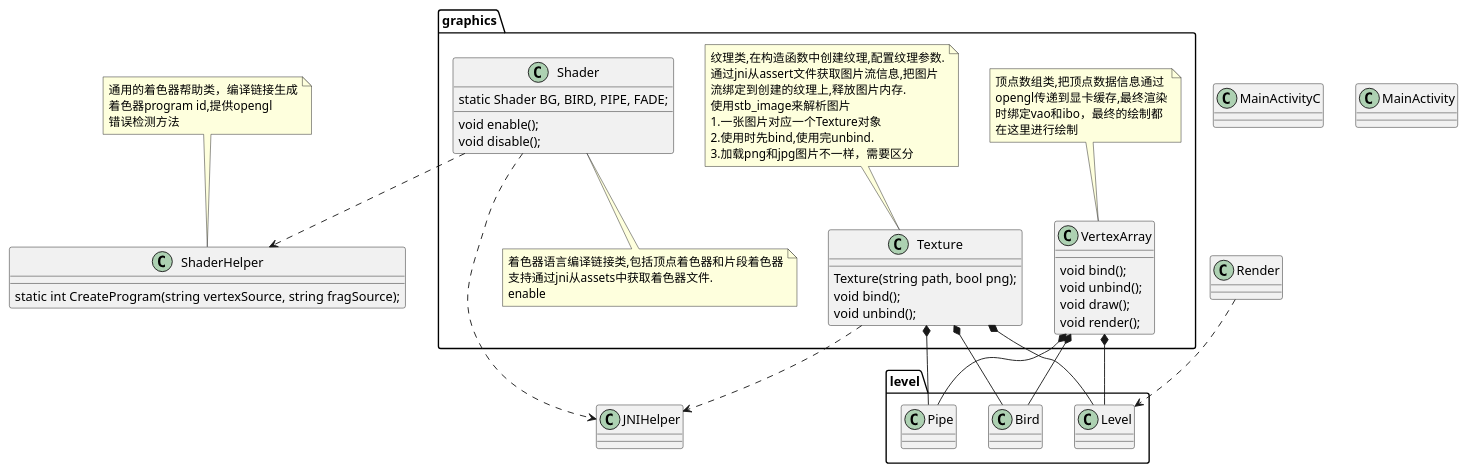
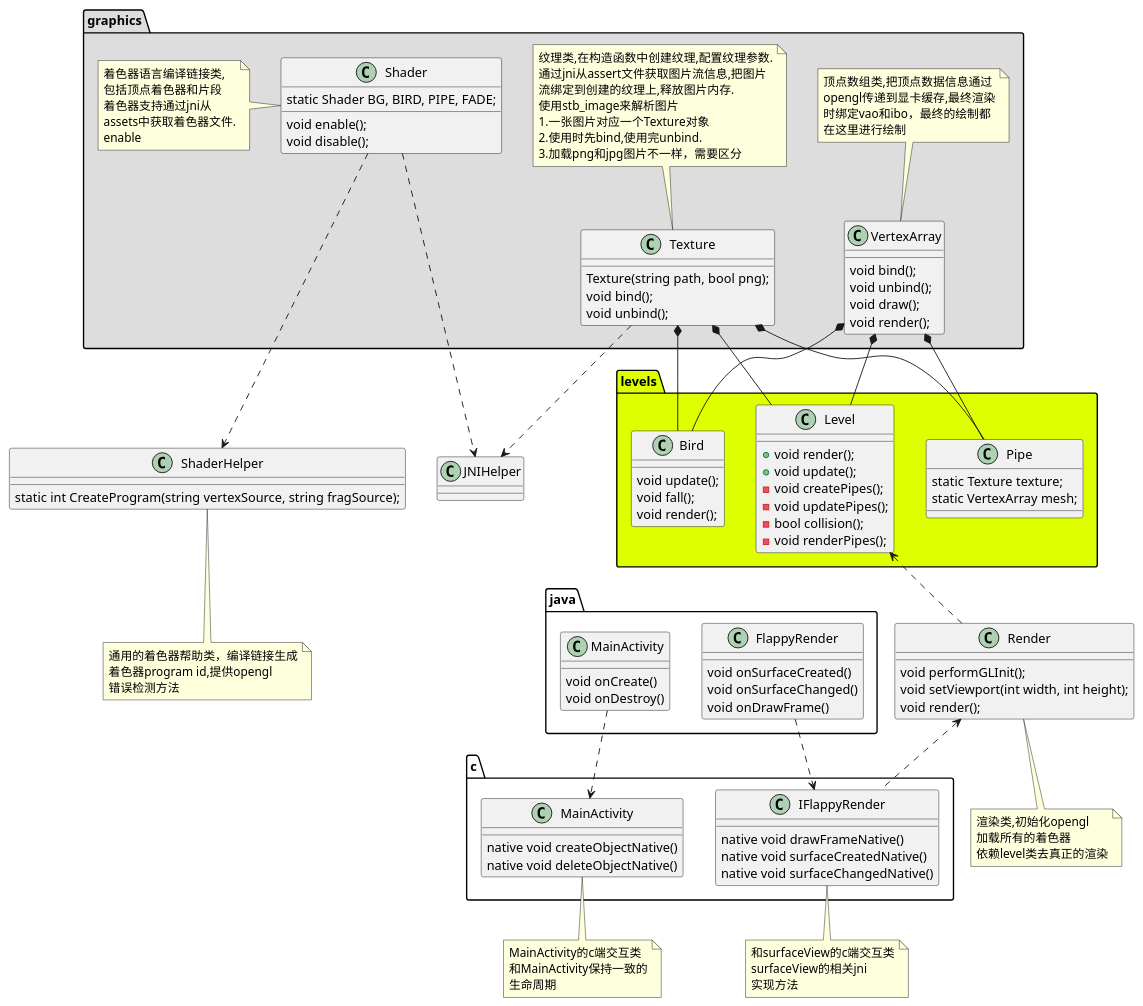
One commit to Nemo-Li/Flappy changed the diagram in uml/class.puml. Above: the diagram before and after it, drawn with PlantUML. The commit also changed 3 other files, not shown here.

```diff
--- a/uml/class.puml
+++ b/uml/class.puml
@@ -1,82 +1,143 @@
 @startuml
-package "graphics" {
+package "graphics" #DDDDDD {
 
 class Shader {
 static Shader BG, BIRD, PIPE, FADE;
 void enable();
 void disable();
 }
-note bottom
-着色器语言编译链接类,包括顶点着色器和片段着色器
-支持通过jni从assets中获取着色器文件.
+note left
+着色器语言编译链接类,
+包括顶点着色器和片段
+着色器支持通过jni从
+assets中获取着色器文件.
 enable
 end note
 
 class Texture {
     Texture(string path, bool png);
     void bind();
     void unbind();
 }
 note top
 纹理类,在构造函数中创建纹理,配置纹理参数.
 通过jni从assert文件获取图片流信息,把图片
 流绑定到创建的纹理上,释放图片内存.
 使用stb_image来解析图片
 1.一张图片对应一个Texture对象
 2.使用时先bind,使用完unbind.
 3.加载png和jpg图片不一样，需要区分
 end note
 
 class VertexArray {
     void bind();
     void unbind();
     void draw();
     void render();
 }
 note top
 顶点数组类,把顶点数据信息通过
 opengl传递到显卡缓存,最终渲染
 时绑定vao和ibo，最终的绘制都
 在这里进行绘制
 end note
 
 }
 
+package "levels" #DDFF00{
+class Bird {
+void update();
+void fall();
+void render();
+}
+
+Texture *-- Bird
+VertexArray *-- Bird
+class Pipe {
+static Texture texture;
+static VertexArray mesh;
+}
+
+Texture *-- Pipe
+VertexArray *-- Pipe
+class Level {
++ void render();
++ void update();
+- void createPipes();
+- void updatePipes();
+- bool collision();
+- void renderPipes();
+}
+Texture *-- Level
+VertexArray *-- Level
+}
+Level <.. Render
+class Render {
+    void performGLInit();
+    void setViewport(int width, int height);
+    void render();
+}
+note bottom
+渲染类,初始化opengl
+加载所有的着色器
+依赖level类去真正的渲染
+end note
+
+together {
 class ShaderHelper {
 static int CreateProgram(string vertexSource, string fragSource);
 }
-note top
+note bottom
 通用的着色器帮助类，编译链接生成
 着色器program id,提供opengl
 错误检测方法
 end note
 Shader ..> ShaderHelper
 
-class Render {
-
-}
-
-package "level" {
-class Bird
-Texture *-- Bird
-VertexArray *-- Bird
-class Pipe
-Texture *-- Pipe
-VertexArray *-- Pipe
-class Level
-Texture *-- Level
-VertexArray *-- Level
-Render ..> Level
-}
-
 class JNIHelper {
 }
 Texture ..> JNIHelper
 Shader ..> JNIHelper
-
-class MainActivityC {
 }
 
-class MainActivity {
+
+class java.MainActivity {
+void onCreate()
+void onDestroy()
 }
+
+class c.MainActivity {
+native void createObjectNative()
+native void deleteObjectNative()
+}
+note bottom
+MainActivity的c端交互类
+和MainActivity保持一致的
+生命周期
+end note
+
+java.MainActivity ..> c.MainActivity
+
+class java.FlappyRender {
+void onSurfaceCreated()
+void onSurfaceChanged()
+void onDrawFrame()
+}
+
+class c.IFlappyRender {
+native void drawFrameNative()
+native void surfaceCreatedNative()
+native void surfaceChangedNative()
+}
+note bottom
+和surfaceView的c端交互类
+surfaceView的相关jni
+实现方法
+end note
+
+java.FlappyRender ..> c.IFlappyRender
+Render <.. c.IFlappyRender
+
+JNIHelper -[hidden]> java.FlappyRender
+Render -[hidden]> java.FlappyRender
 @enduml
```
